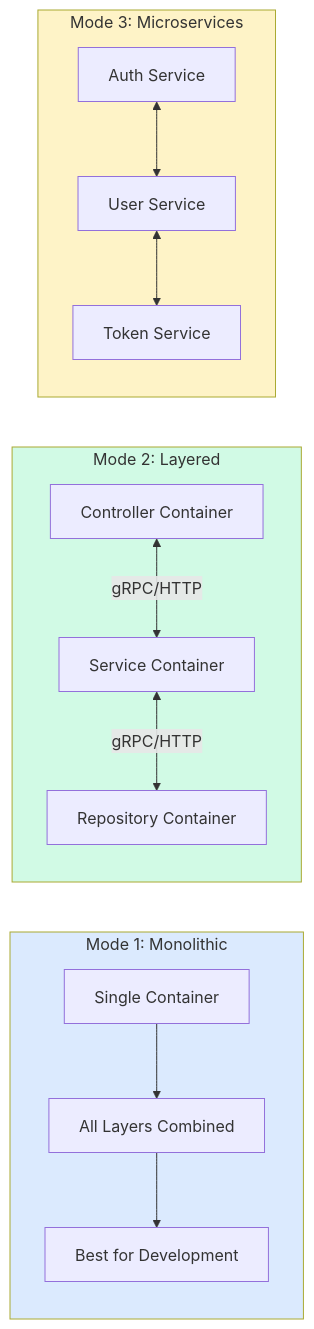
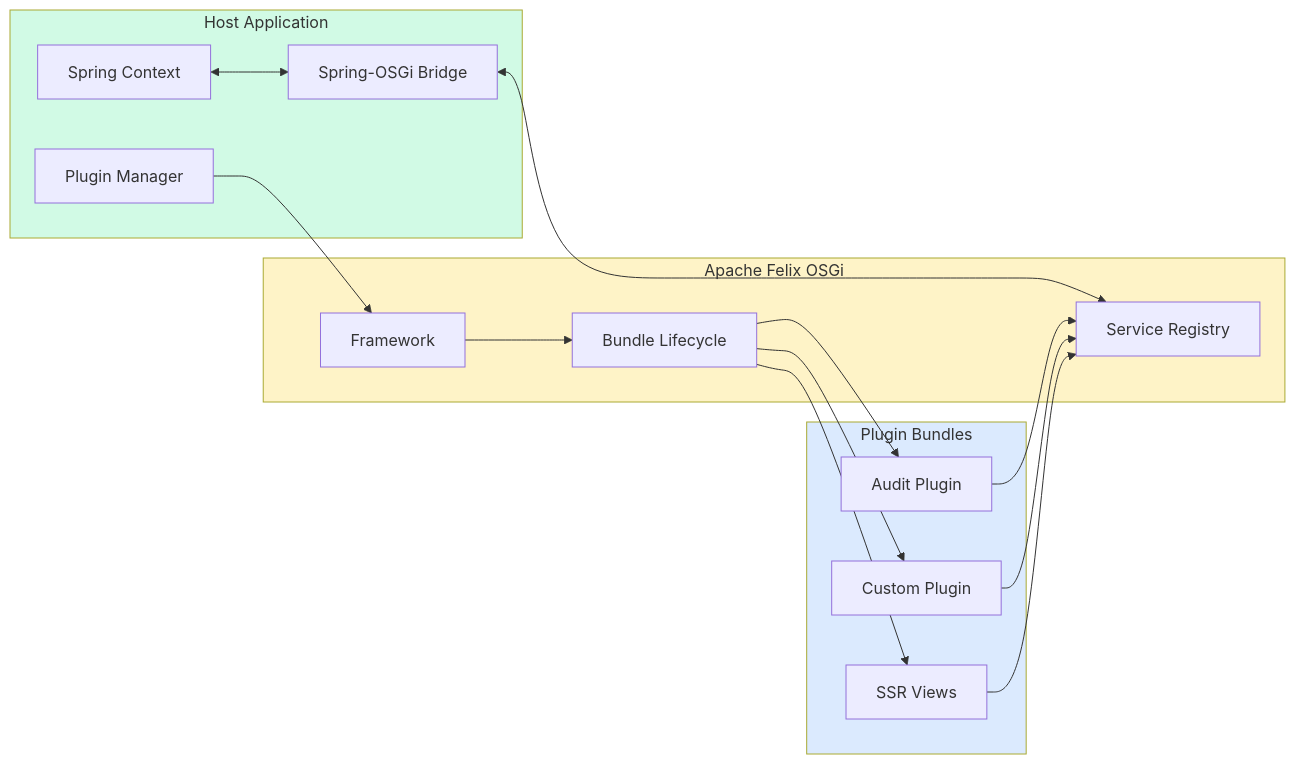
The third of 4 diagrams in README.md (jrjohn/arcana-cloud-springboot), drawn with Mermaid before and after one commit. The commit also changed other lines of this file and 104 other files, not shown here.

Commit message:
Implement OSGi Plugin

````diff
--- a/README.md
+++ b/README.md
@@ -154,28 +135,35 @@
 ```mermaid
 flowchart LR
-    subgraph Monolithic["Mode 1: Monolithic"]
-        M1[Single Container]
-        M1 --> M2[All Layers Combined]
-        M2 --> M3[Best for Development]
+    subgraph Host["Host Application"]
+        SM[Spring Context]
+        BR[Spring-OSGi Bridge]
+        PM[Plugin Manager]
     end
 
-    subgraph Layered["Mode 2: Layered"]
-        L1[Controller Container]
-        L2[Service Container]
-        L3[Repository Container]
-        L1 <-->|gRPC/HTTP| L2
-        L2 <-->|gRPC/HTTP| L3
+    subgraph Felix["Apache Felix OSGi"]
+        FW[Framework]
+        SR[Service Registry]
+        BL[Bundle Lifecycle]
     end
 
-    subgraph Microservices["Mode 3: Microservices"]
-        MS1[Auth Service]
-        MS2[User Service]
-        MS3[Token Service]
-        MS1 <--> MS2
-        MS2 <--> MS3
+    subgraph Plugins["Plugin Bundles"]
+        P1[Audit Plugin]
+        P2[Custom Plugin]
+        P3[SSR Views]
     end
 
-    style Monolithic fill:#dbeafe
-    style Layered fill:#d1fae5
-    style Microservices fill:#fef3c7
+    SM <--> BR
+    BR <--> SR
+    PM --> FW
+    FW --> BL
+    BL --> P1
+    BL --> P2
+    BL --> P3
+    P1 --> SR
+    P2 --> SR
+    P3 --> SR
+
+    style Host fill:#d1fae5
+    style Felix fill:#fef3c7
+    style Plugins fill:#dbeafe
 ```
````
